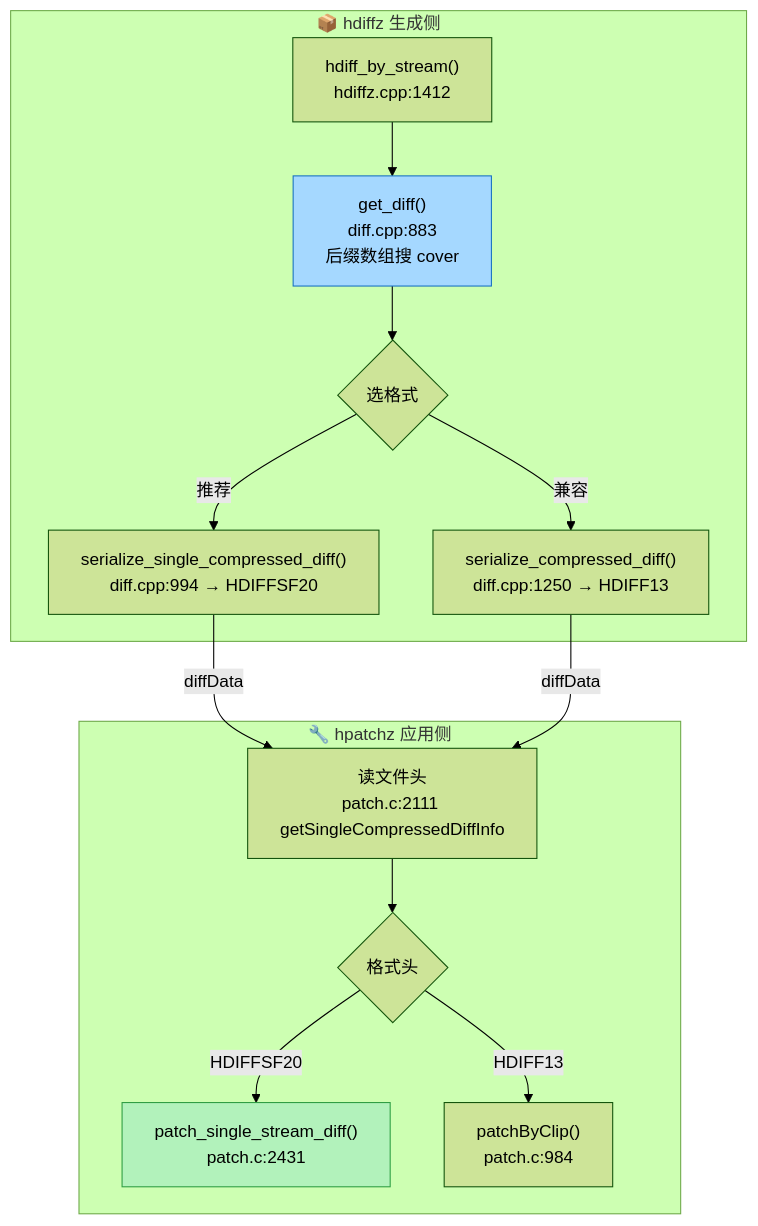
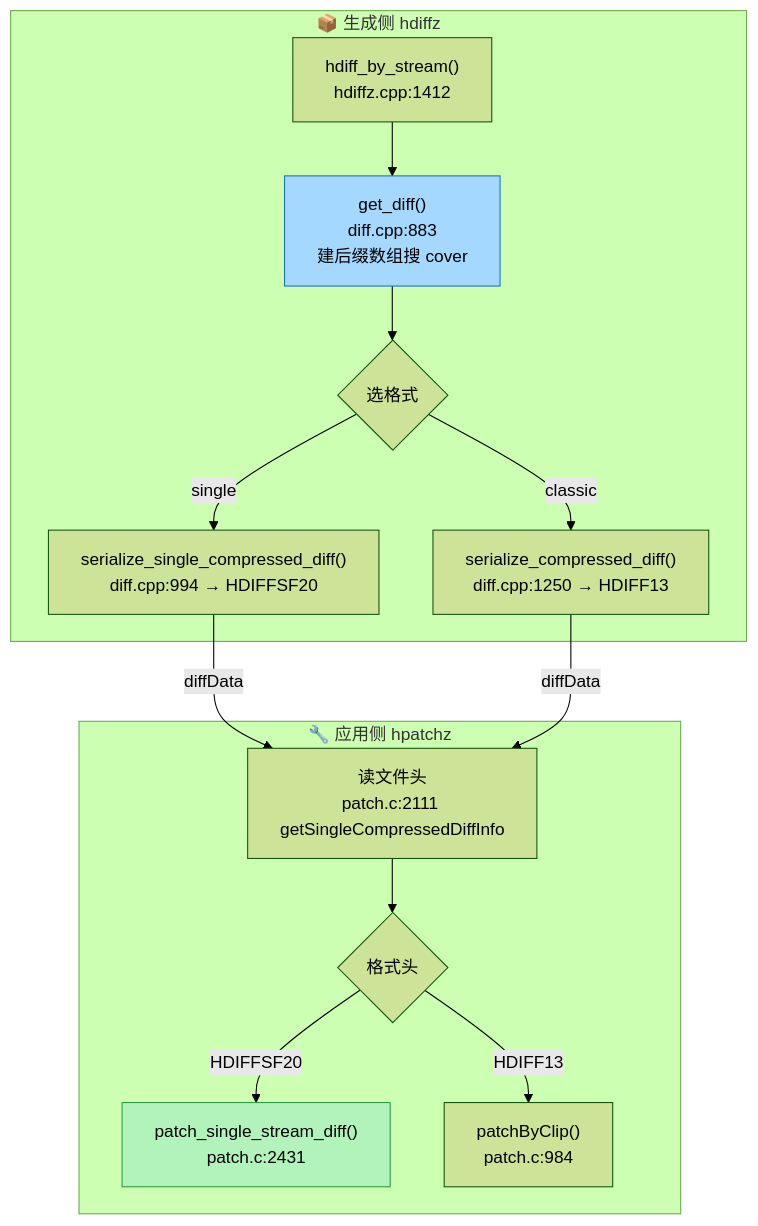
Before and after one commit to fankidark/tech-site: the second of 3 diagrams in docs/hot-update/index.md, drawn with Mermaid (forest theme). The commit also changed other lines of this file and 14 other files, not shown here.

First line of the commit message:
hot-update: 差分系列 10 篇图文改造 + 3 个新组件

````diff
--- a/docs/hot-update/index.md
+++ b/docs/hot-update/index.md
@@ -33,19 +61,19 @@
 ```mermaid
 flowchart TB
-    subgraph gen["📦 hdiffz 生成侧"]
-        A1["hdiff_by_stream()<br/>hdiffz.cpp:1412"] --> A2["get_diff()<br/>diff.cpp:883<br/>后缀数组搜 cover"]
+    subgraph gen["📦 生成侧 hdiffz"]
+        A1["hdiff_by_stream()<br/>hdiffz.cpp:1412"] --> A2["get_diff()<br/>diff.cpp:883<br/>建后缀数组搜 cover"]
         A2 --> A3{"选格式"}
-        A3 -->|推荐| A4["serialize_single_compressed_diff()<br/>diff.cpp:994 → HDIFFSF20"]
-        A3 -->|兼容| A5["serialize_compressed_diff()<br/>diff.cpp:1250 → HDIFF13"]
+        A3 -->|single| A4["serialize_single_compressed_diff()<br/>diff.cpp:994 → HDIFFSF20"]
+        A3 -->|classic| A5["serialize_compressed_diff()<br/>diff.cpp:1250 → HDIFF13"]
     end
-    subgraph apply["🔧 hpatchz 应用侧"]
+    subgraph apply["🔧 应用侧 hpatchz"]
         B1["读文件头<br/>patch.c:2111 getSingleCompressedDiffInfo"] --> B2{"格式头"}
         B2 -->|HDIFFSF20| B3["patch_single_stream_diff()<br/>patch.c:2431"]
         B2 -->|HDIFF13| B4["patchByClip()<br/>patch.c:984"]
     end
     A4 -->|diffData| B1
     A5 -->|diffData| B1
 
     style A2 fill:#a5d8ff,stroke:#1971c2
     style B3 fill:#b2f2bb,stroke:#2f9e44
 ```
````
